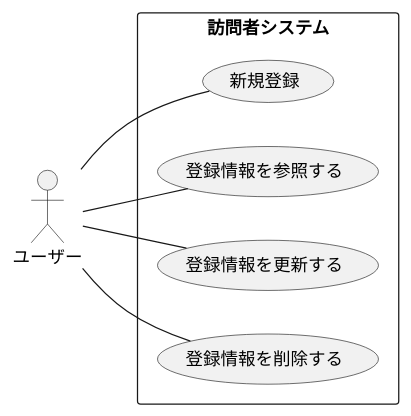
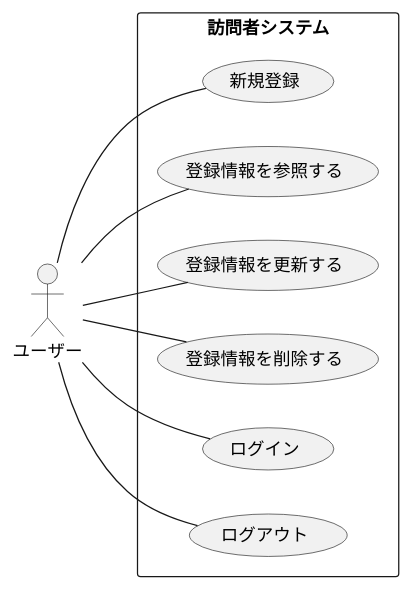
One commit to ko246/ohara_uml changed the diagram in group/07_web_visitor/usecase.pu. Above: the diagram before and after it, drawn with PlantUML. The commit also changed 1 other file, not shown here.

Commit message:
usecase.pu 更新

```diff
--- a/group/07_web_visitor/usecase.pu
+++ b/group/07_web_visitor/usecase.pu
@@ -1,14 +1,18 @@
 @startuml メニュー項目
 left to right direction
 actor "ユーザー" as fc
 rectangle 訪問者システム {
   usecase "新規登録" as UC1
   usecase "登録情報を参照する" as UC2
   usecase "登録情報を更新する" as UC3
   usecase "登録情報を削除する" as UC4
+  usecase "ログイン" as UC5
+  usecase "ログアウト" as UC6
 }
 fc -- UC1
 fc -- UC2
 fc -- UC3
 fc -- UC4
+fc -- UC5
+fc -- UC6
 @enduml
```
